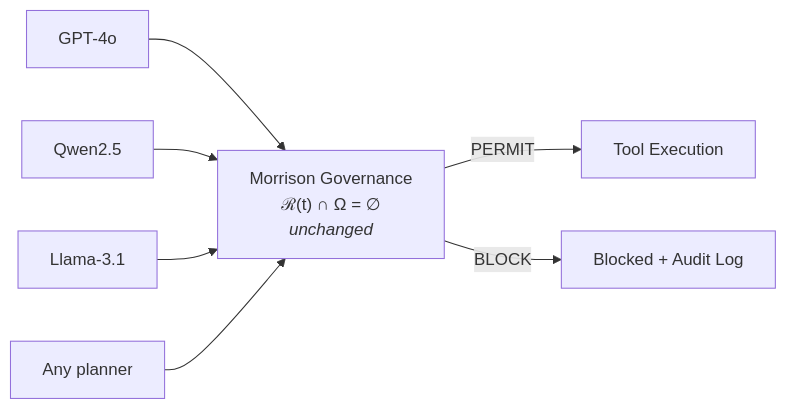
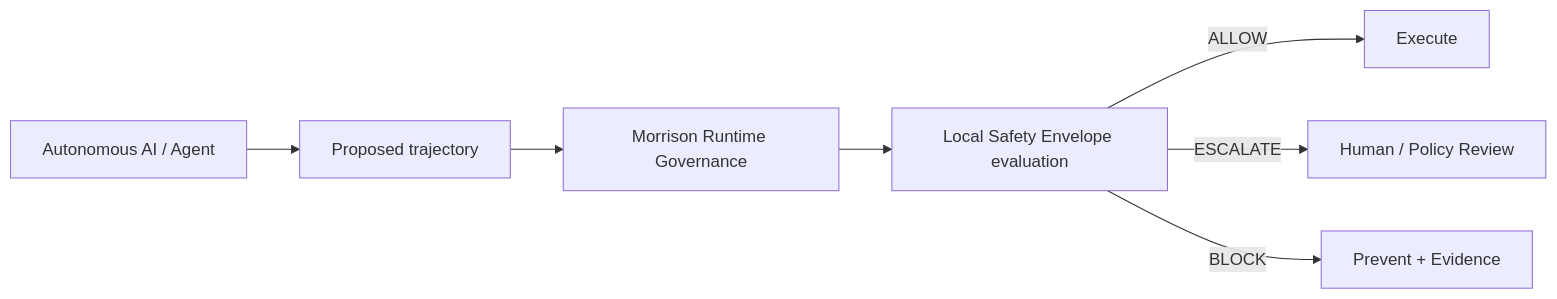
The first of 2 diagrams in README.md (davarntrades/Morrison-Runtime-Governance), drawn with Mermaid before and after one commit. The commit also changed other lines of this file, not shown here.

Commit message:
Reposition Morrison around validated local Safety Envelopes

````diff
--- a/README.md
+++ b/README.md
@@ -269,9 +85,9 @@
 ```mermaid
-graph LR
-    A[GPT-4o] --> G
-    B[Qwen2.5] --> G
-    C[Llama-3.1] --> G
-    D[Any planner] --> G
-    G["Morrison Governance<br/>ℛ(t) ∩ Ω = ∅<br/><i>unchanged</i>"] -->|PERMIT| E[Tool Execution]
-    G -->|BLOCK| F[Blocked + Audit Log]
+flowchart LR
+    A[Autonomous AI / Agent] --> T[Proposed trajectory]
+    T --> M[Morrison Runtime Governance]
+    M --> E[Local Safety Envelope evaluation]
+    E -->|ALLOW| X[Execute]
+    E -->|ESCALATE| H[Human / Policy Review]
+    E -->|BLOCK| B[Prevent + Evidence]
 ```
````
